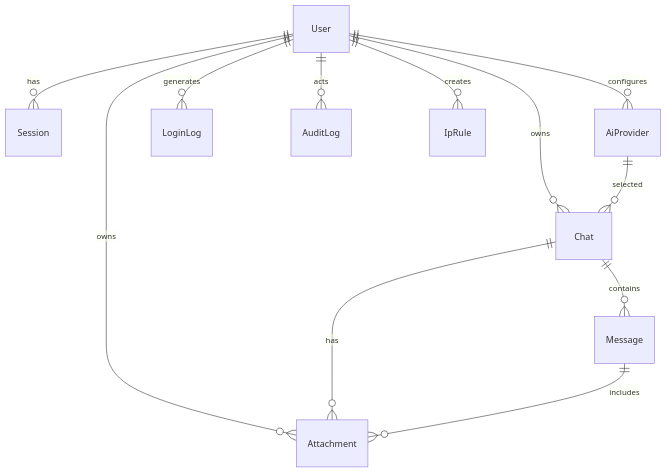
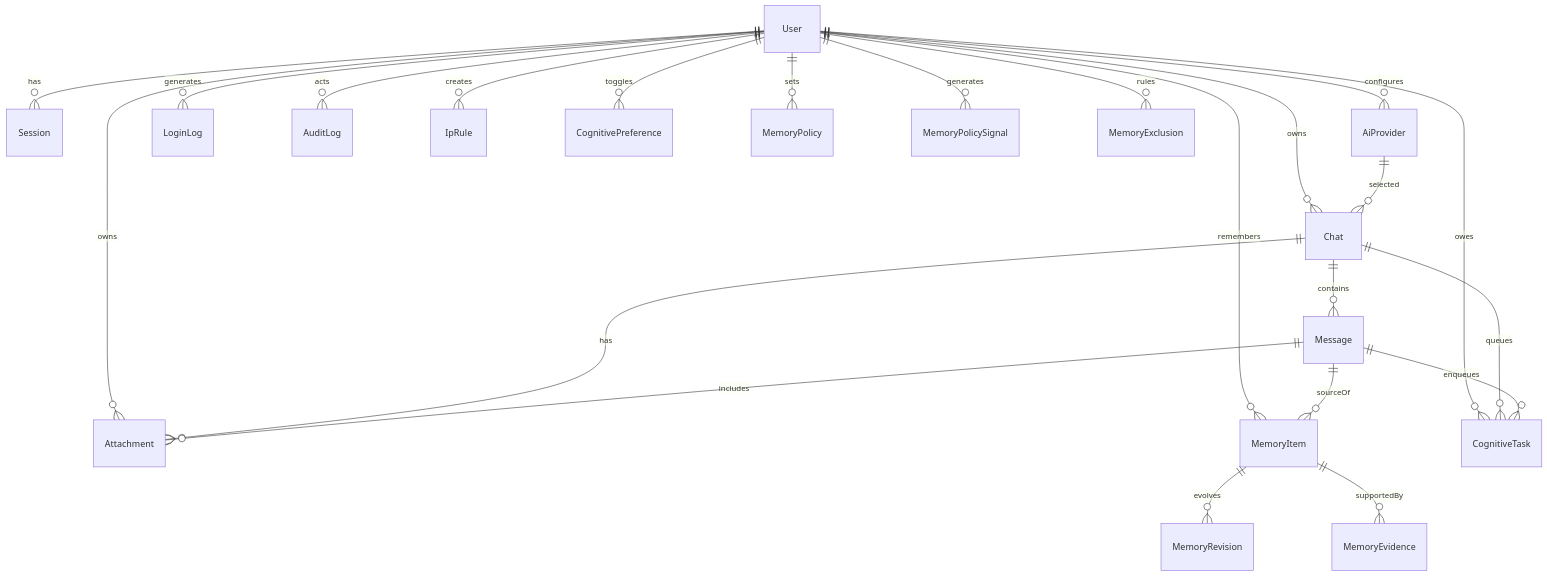
One commit to konxing/ai-chat-web changed the diagram in docs/DATABASE.md. Above: the diagram before and after it, drawn with Mermaid. The commit also changed other lines of this file and 6 other files, not shown here.

````diff
--- a/docs/DATABASE.md
+++ b/docs/DATABASE.md
@@ -52,14 +89,25 @@
 ```mermaid
 erDiagram
   User ||--o{ Session : has
   User ||--o{ Chat : owns
   User ||--o{ AiProvider : configures
   User ||--o{ Attachment : owns
   User ||--o{ LoginLog : generates
   User ||--o{ AuditLog : acts
   User ||--o{ IpRule : creates
+  User ||--o{ CognitivePreference : toggles
+  User ||--o{ MemoryPolicy : sets
+  User ||--o{ MemoryPolicySignal : generates
+  User ||--o{ MemoryItem : remembers
+  User ||--o{ MemoryExclusion : rules
+  User ||--o{ CognitiveTask : owes
   Chat ||--o{ Message : contains
   Chat ||--o{ Attachment : has
+  Chat ||--o{ CognitiveTask : queues
   Message ||--o{ Attachment : includes
+  Message ||--o{ CognitiveTask : enqueues
+  Message ||--o{ MemoryItem : sourceOf
   AiProvider ||--o{ Chat : selected
+  MemoryItem ||--o{ MemoryRevision : evolves
+  MemoryItem ||--o{ MemoryEvidence : supportedBy
 ```
````
